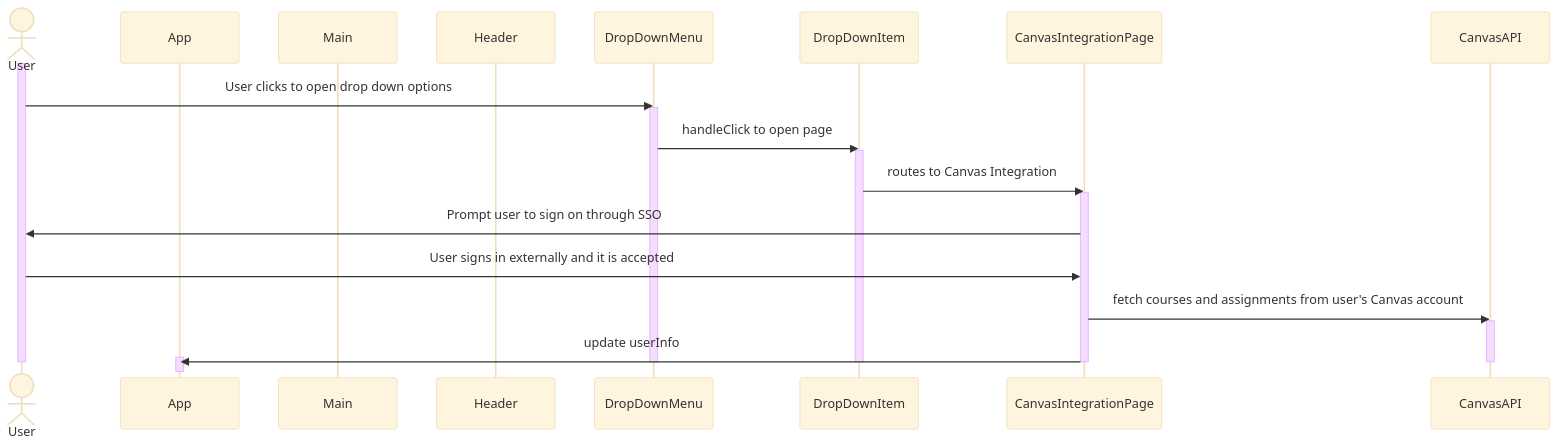
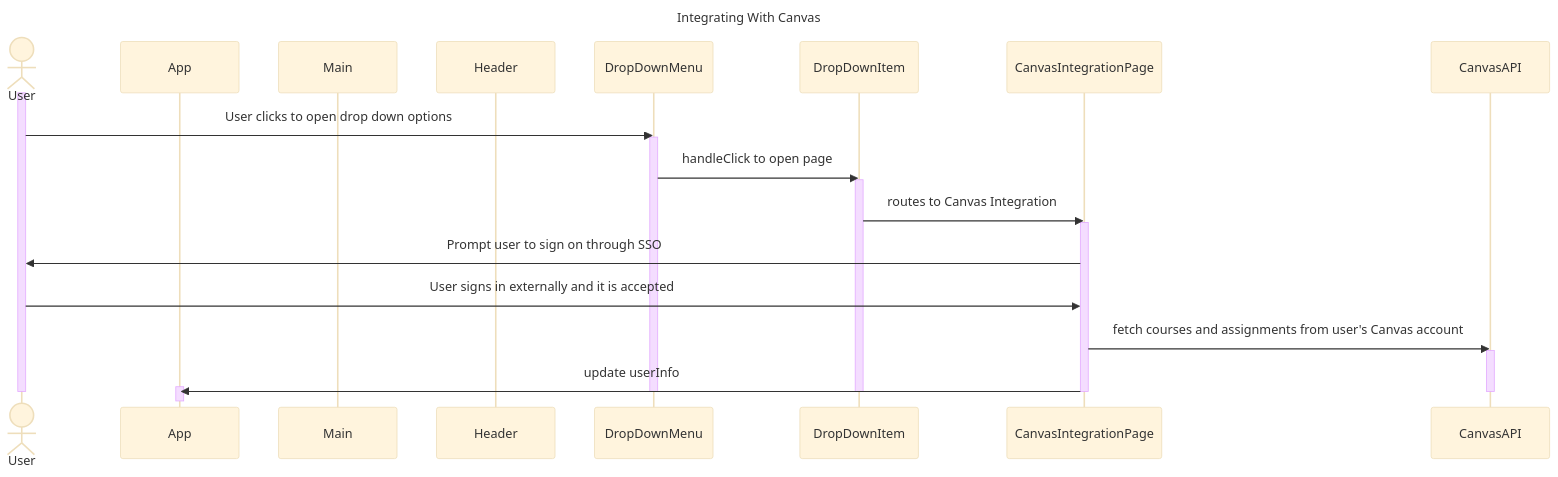
The second of 7 diagrams in documentation/docs/system-architecture/sequence-diagrams.md (Capstone-Projects-2023-Spring/project-virtual-pet), drawn with Mermaid (base theme) before and after one commit.

````diff
--- a/documentation/docs/system-architecture/sequence-diagrams.md
+++ b/documentation/docs/system-architecture/sequence-diagrams.md
@@ -74,33 +74,34 @@
 ```mermaid
 sequenceDiagram
+title Integrating With Canvas
     actor User
     participant App
     participant Main
     participant Header
     participant DropDownMenu
     participant DropDownItem
     participant CanvasIntegrationPage
     participant CanvasAPI
 
     activate User
     User ->> DropDownMenu: User clicks to open drop down options
     activate DropDownMenu 
     DropDownMenu ->> DropDownItem: handleClick to open page
     activate DropDownItem
     DropDownItem ->> CanvasIntegrationPage: routes to Canvas Integration
     activate CanvasIntegrationPage
     CanvasIntegrationPage ->> User: Prompt user to sign on through SSO 
     User ->> CanvasIntegrationPage: User signs in externally and it is accepted
     CanvasIntegrationPage ->> CanvasAPI: fetch courses and assignments from user's Canvas account
     activate CanvasAPI
     CanvasIntegrationPage ->> App: update userInfo
     activate App
 
 
     deactivate User
     deactivate DropDownMenu 
     deactivate DropDownItem
     deactivate CanvasIntegrationPage
     deactivate CanvasAPI
     deactivate App
 ```
````
